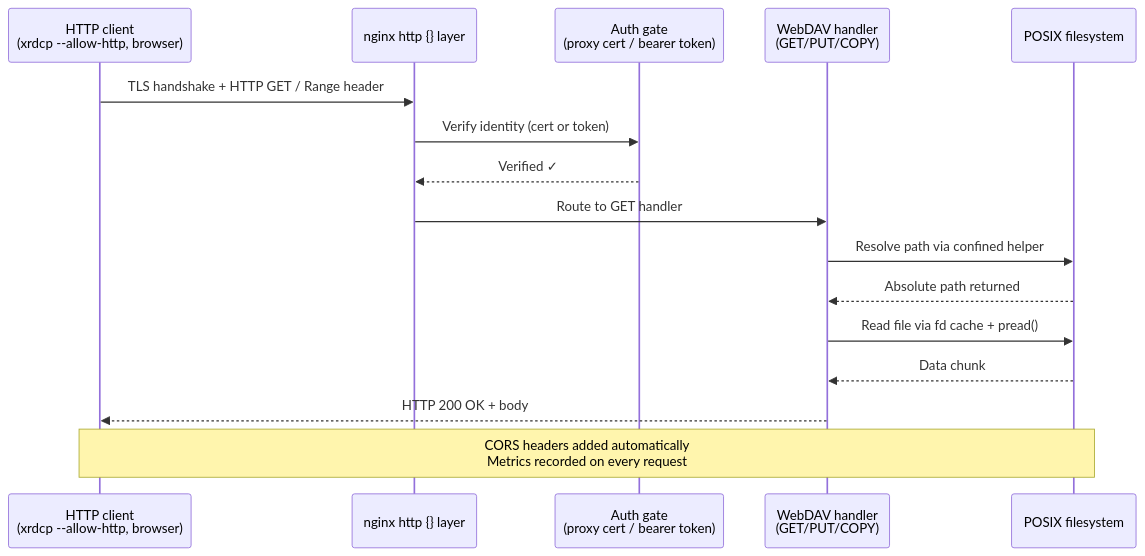
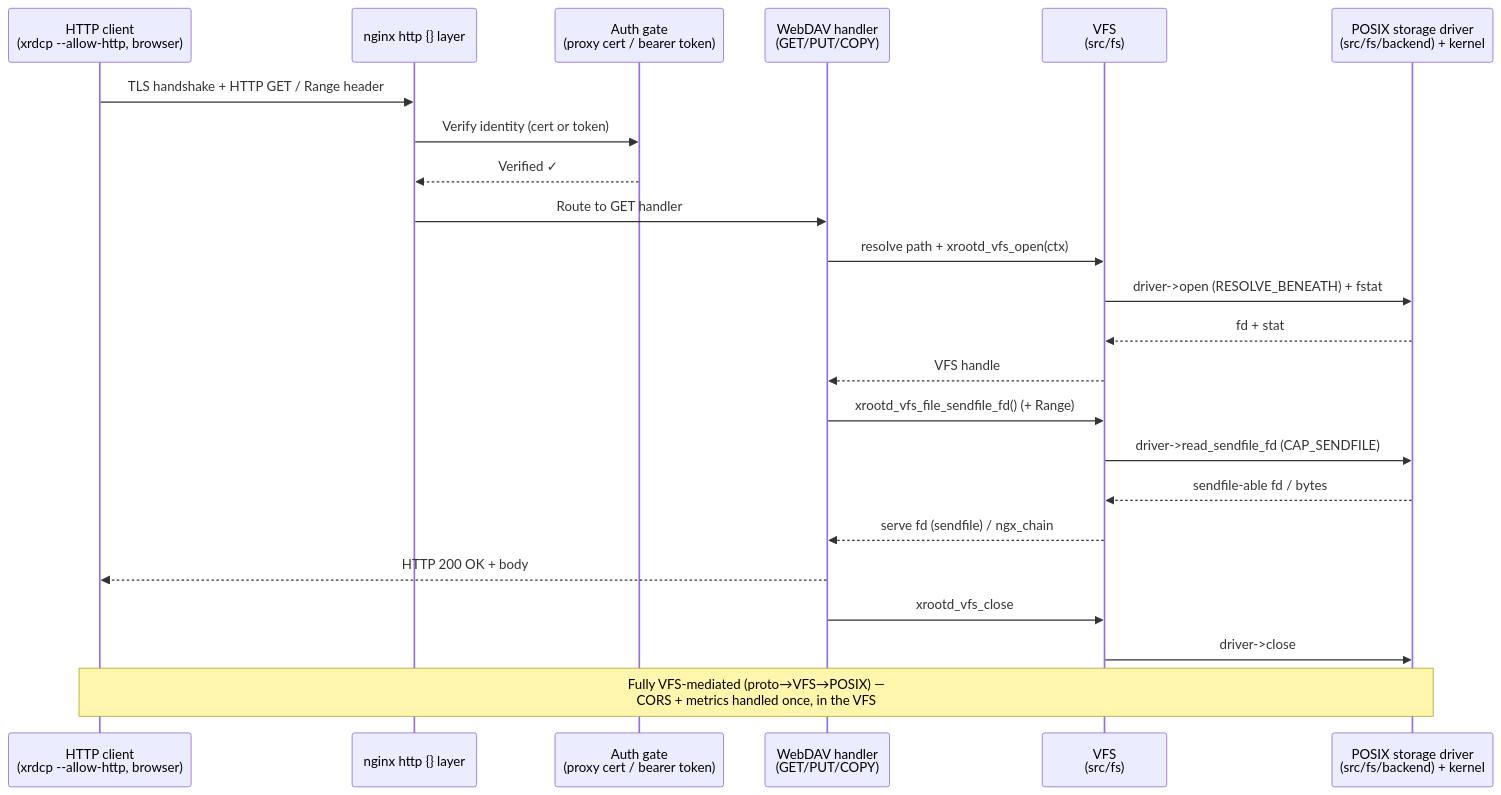
One commit to rob-c/brix-cache changed the fifth of 6 diagrams in docs/10-architecture/overview.md. Above: the diagram before and after it, drawn with Mermaid. The commit also changed other lines of this file and 345 other files, not shown here.

````diff
--- a/docs/10-architecture/overview.md
+++ b/docs/10-architecture/overview.md
@@ -158,20 +228,27 @@
 ```mermaid
 sequenceDiagram
     participant Browser as HTTP client<br/>(xrdcp --allow-http, browser)
     participant HTTPS as nginx http {} layer
     participant Auth as Auth gate<br/>(proxy cert / bearer token)
     participant Handler as WebDAV handler<br/>(GET/PUT/COPY)
-    participant Disk as POSIX filesystem
+    participant VFS as VFS<br/>(src/fs)
+    participant SD as POSIX storage driver<br/>(src/fs/backend) + kernel
     
     Browser->>HTTPS: TLS handshake + HTTP GET / Range header
     HTTPS->>Auth: Verify identity (cert or token)
     Auth-->>HTTPS: Verified ✓
     HTTPS->>Handler: Route to GET handler
-    Handler->>Disk: Resolve path via confined helper
-    Disk-->>Handler: Absolute path returned
-    Handler->>Disk: Read file via fd cache + pread()
-    Disk-->>Handler: Data chunk
+    Handler->>VFS: resolve path + xrootd_vfs_open(ctx)
+    VFS->>SD: driver->open (RESOLVE_BENEATH) + fstat
+    SD-->>VFS: fd + stat
+    VFS-->>Handler: VFS handle
+    Handler->>VFS: xrootd_vfs_file_sendfile_fd() (+ Range)
+    VFS->>SD: driver->read_sendfile_fd (CAP_SENDFILE)
+    SD-->>VFS: sendfile-able fd / bytes
+    VFS-->>Handler: serve fd (sendfile) / ngx_chain
     Handler-->>Browser: HTTP 200 OK + body
+    Handler->>VFS: xrootd_vfs_close
+    VFS->>SD: driver->close
     
-    Note over Browser,Disk: CORS headers added automatically<br/>Metrics recorded on every request
+    Note over Browser,SD: Fully VFS-mediated (proto→VFS→POSIX) —<br/>CORS + metrics handled once, in the VFS
 ```
````
